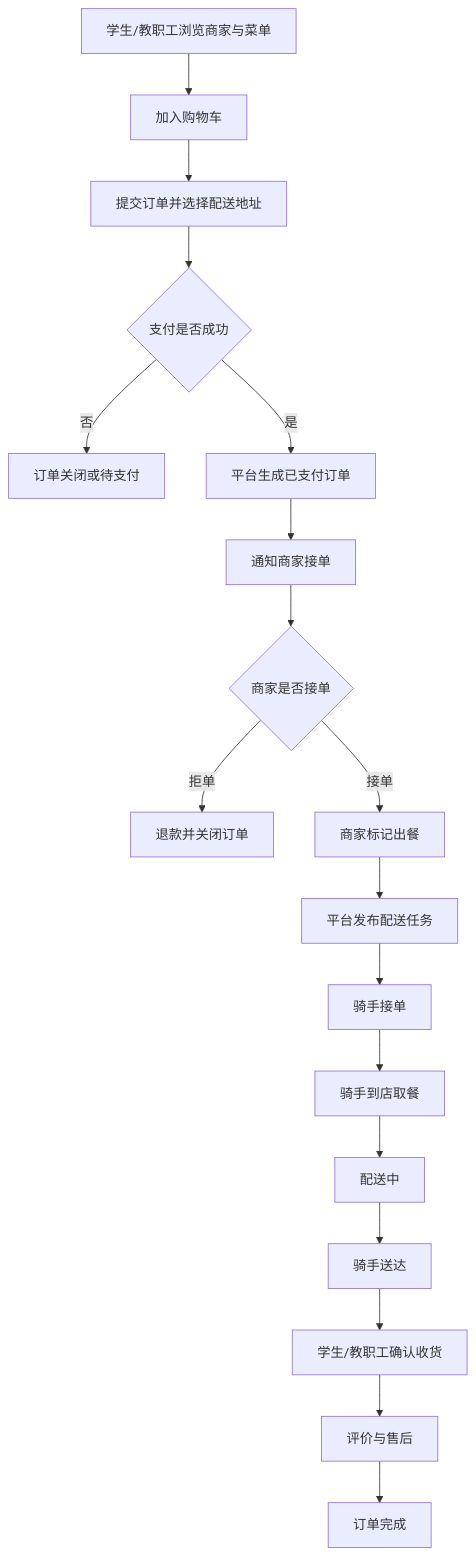
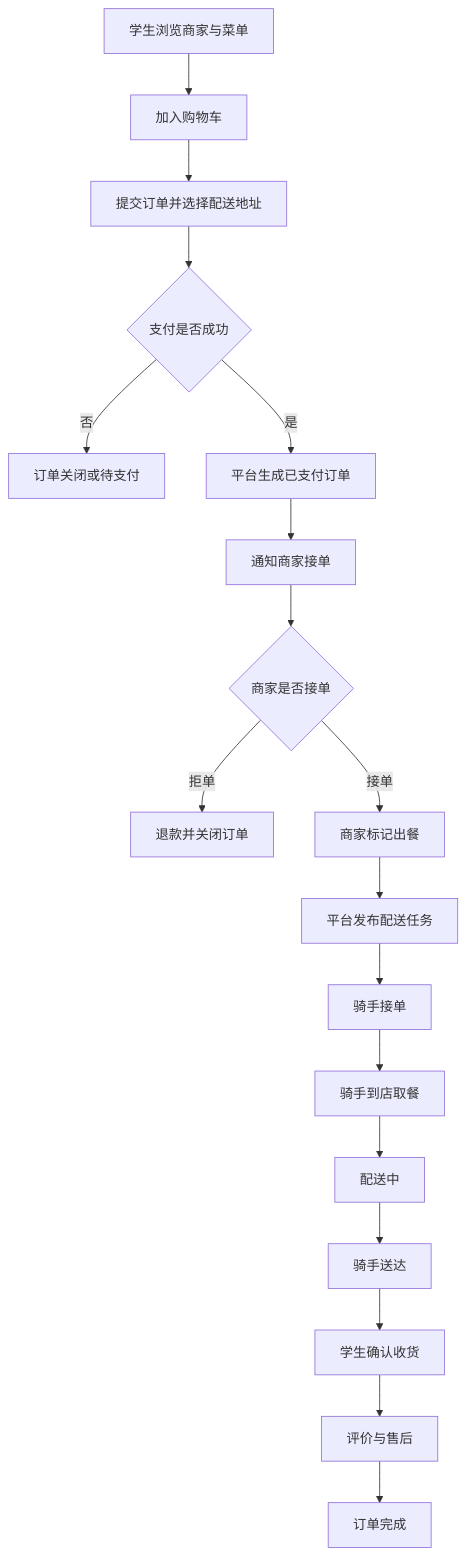
The diagram in README.md (grassblock233/microservices-practice), drawn with Mermaid before and after one commit. The commit also changed other lines of this file and 5 other files, not shown here.

````diff
--- a/README.md
+++ b/README.md
@@ -63,20 +63,20 @@
 ```mermaid
 flowchart TD
-    A["学生/教职工浏览商家与菜单"] --> B["加入购物车"]
+    A["学生浏览商家与菜单"] --> B["加入购物车"]
     B --> C["提交订单并选择配送地址"]
     C --> D{"支付是否成功"}
     D -- "否" --> X["订单关闭或待支付"]
     D -- "是" --> E["平台生成已支付订单"]
     E --> F["通知商家接单"]
     F --> G{"商家是否接单"}
     G -- "拒单" --> Y["退款并关闭订单"]
     G -- "接单" --> H["商家标记出餐"]
     H --> I["平台发布配送任务"]
     I --> J["骑手接单"]
     J --> K["骑手到店取餐"]
     K --> L["配送中"]
     L --> M["骑手送达"]
-    M --> N["学生/教职工确认收货"]
+    M --> N["学生确认收货"]
     N --> O["评价与售后"]
     O --> P["订单完成"]
 ```
````
